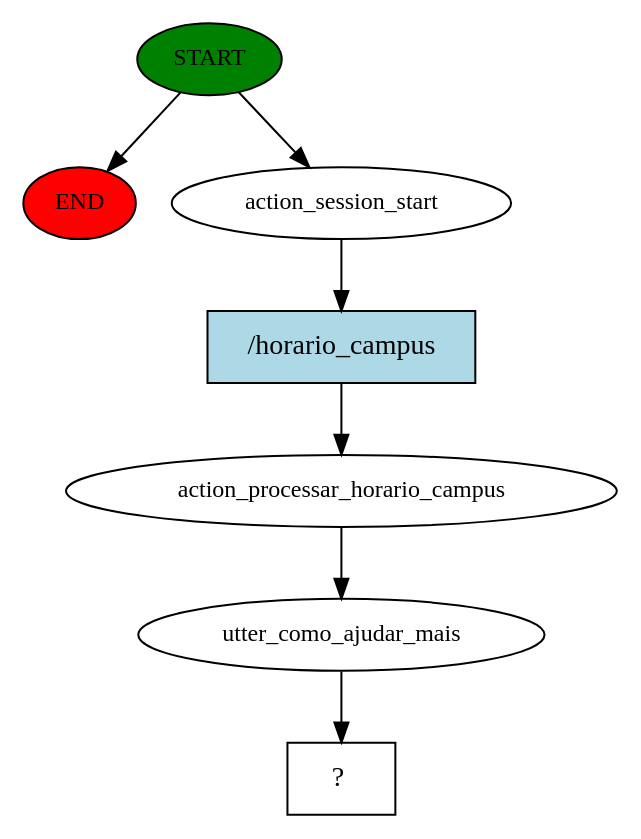
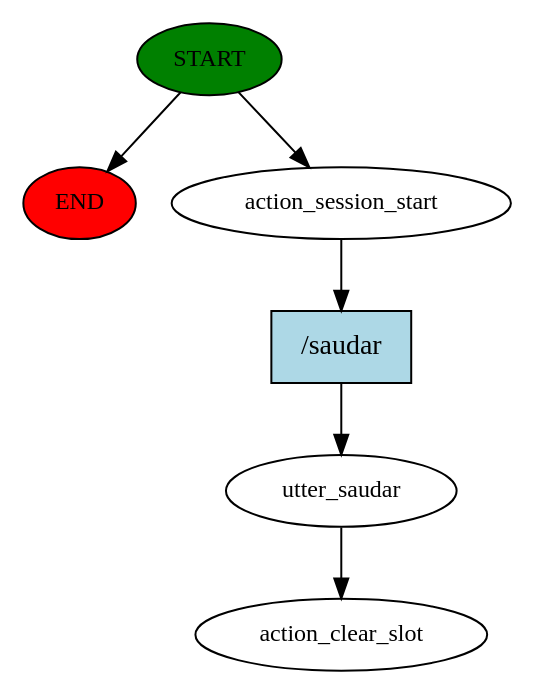
Before and after one commit to thalless44/RASA_MENU: the diagram in story_graph.dot, drawn with Graphviz. The commit also changed 3 other files, not shown here.

```diff
--- a/story_graph.dot
+++ b/story_graph.dot
@@ -1,15 +1,13 @@
 digraph  {
 0 [class="start active", fillcolor=green, fontsize=12, label=START, style=filled];
 "-1" [class=end, fillcolor=red, fontsize=12, label=END, style=filled];
 1 [class=active, fontsize=12, label=action_session_start];
-2 [class=active, fontsize=12, label=action_processar_horario_campus];
-3 [class=active, fontsize=12, label=utter_como_ajudar_mais];
-4 [class="intent dashed active", label="  ?  ", shape=rect];
-5 [class="intent active", fillcolor=lightblue, label="/horario_campus", shape=rect, style=filled];
+2 [class=active, fontsize=12, label=utter_saudar];
+3 [class="dashed active", fontsize=12, label=action_clear_slot];
+4 [class="intent active", fillcolor=lightblue, label="/saudar", shape=rect, style=filled];
 0 -> "-1"  [class="", key=NONE, label=""];
 0 -> 1  [class=active, key=NONE, label=""];
-1 -> 5  [class=active, key=0];
+1 -> 4  [class=active, key=0];
 2 -> 3  [class=active, key=NONE, label=""];
-3 -> 4  [class=active, key=NONE, label=""];
-5 -> 2  [class=active, key=0];
+4 -> 2  [class=active, key=0];
 }
```
